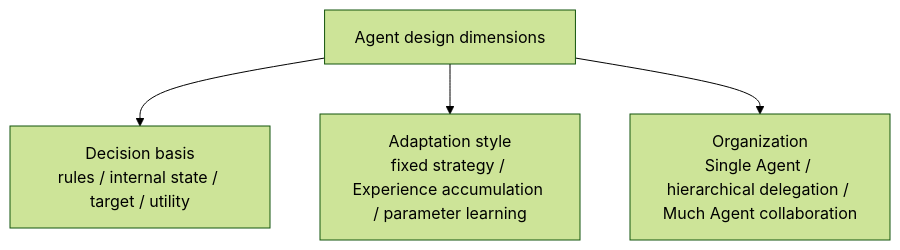
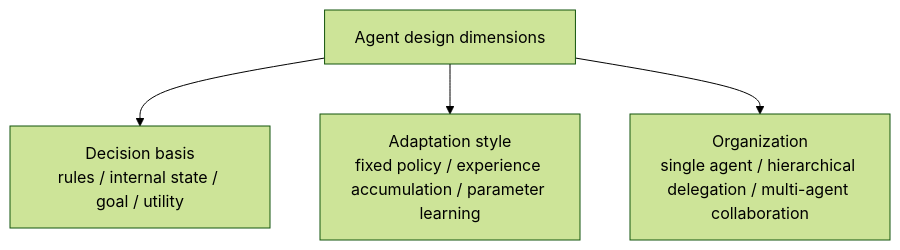
Before and after one commit to TingdeLiu/tingdeliu.github.io: the third of 50 diagrams in _translations/en/research/AI-Agent-Survey.md, drawn with Mermaid (forest theme). The commit also changed other lines of this file and 51 other files, not shown here.

````diff
--- a/_translations/en/research/AI-Agent-Survey.md
+++ b/_translations/en/research/AI-Agent-Survey.md
@@ -155,7 +155,7 @@
 ```mermaid
 flowchart TB
     A["Agent design dimensions"]
-    A --> B["Decision basis\nrules / internal state / target / utility"]
-    A --> C["Adaptation style\nfixed strategy / Experience accumulation / parameter learning"]
-    A --> D["Organization\nSingle Agent / hierarchical delegation / Much Agent collaboration"]
+    A --> B["Decision basis\nrules / internal state / goal / utility"]
+    A --> C["Adaptation style\nfixed policy / experience accumulation / parameter learning"]
+    A --> D["Organization\nsingle agent / hierarchical delegation / multi-agent collaboration"]
 ```
````
